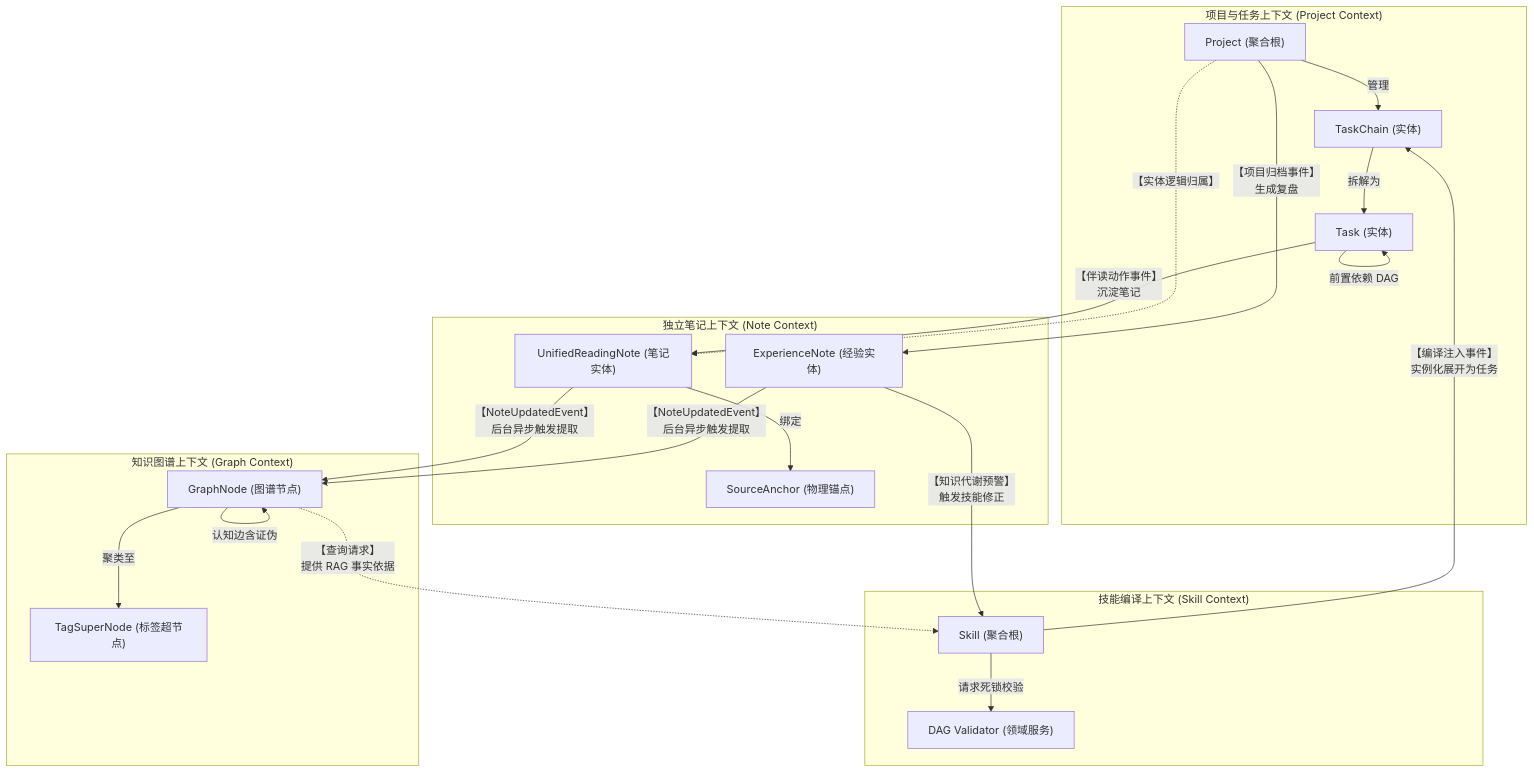
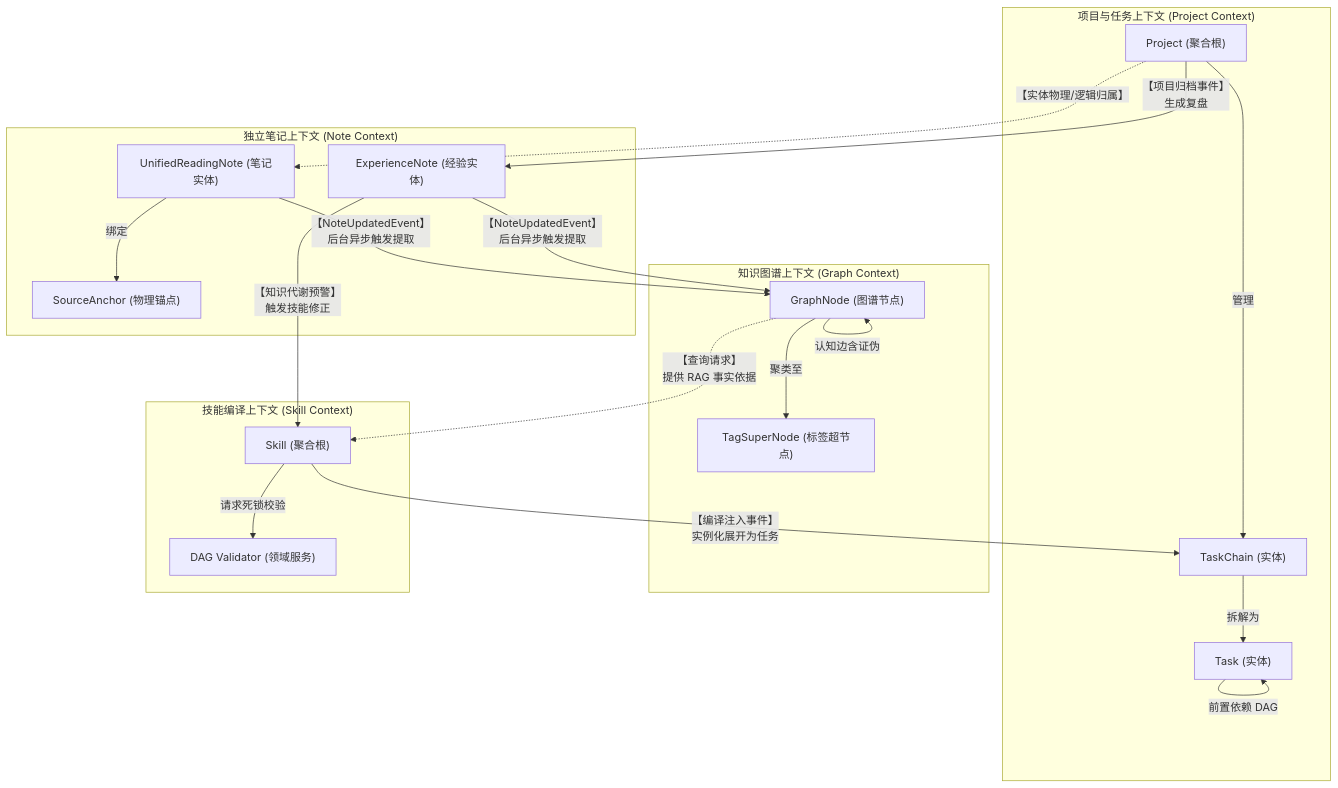
One commit to shanglihong/i-have-a-plan changed the second of 3 diagrams in docs/06_system_architecture/backend_design_spec_v1.0.md. Above: the diagram before and after it, drawn with Mermaid.

Commit message:
docs: update backend design specification to v1.0 architecture standards

````diff
--- a/docs/06_system_architecture/backend_design_spec_v1.0.md
+++ b/docs/06_system_architecture/backend_design_spec_v1.0.md
@@ -112,55 +112,54 @@
 ```mermaid
 graph TD
     %% 限界上下文 (Bounded Contexts)
     
     subgraph ProjectDomain ["项目与任务上下文 (Project Context)"]
         P_Proj["Project (聚合根)"]
         P_TC["TaskChain (实体)"]
         P_Task["Task (实体)"]
         
         P_Proj -->|管理| P_TC
         P_TC -->|拆解为| P_Task
         P_Task -->|前置依赖 DAG| P_Task
     end
 
     subgraph NoteDomain ["独立笔记上下文 (Note Context)"]
         K_URN["UnifiedReadingNote (笔记实体)"]
         K_EN["ExperienceNote (经验实体)"]
         K_SA["SourceAnchor (物理锚点)"]
         
         K_URN -->|绑定| K_SA
     end
 
     subgraph GraphDomain ["知识图谱上下文 (Graph Context)"]
         K_Graph["GraphNode (图谱节点)"]
         K_Tag["TagSuperNode (标签超节点)"]
         
         K_Graph -->|认知边含证伪| K_Graph
         K_Graph -->|聚类至| K_Tag
     end
 
     subgraph SkillDomain ["技能编译上下文 (Skill Context)"]
         S_Skill["Skill (聚合根)"]
         S_DAG["DAG Validator (领域服务)"]
         
         S_Skill -->|请求死锁校验| S_DAG
     end
 
     %% 上下文映射 (Context Mapping) 与跨界边界交互
     
-    %% 项目域 -> 知识域 (归属与沉淀)
+    %% 外部交互 / 项目域映射 (归属与沉淀)
     P_Proj -->|"【项目归档事件】<br>生成复盘"| K_EN
-    P_Task -->|"【伴读动作事件】<br>沉淀笔记"| K_URN
-    P_Proj -.->|"【实体逻辑归属】"| K_URN
+    P_Proj -.->|"【实体物理/逻辑归属】"| K_URN
     
     %% 笔记域 -> 图谱域 (异步事件)
     K_URN -->|"【NoteUpdatedEvent】<br>后台异步触发提取"| K_Graph
     K_EN -->|"【NoteUpdatedEvent】<br>后台异步触发提取"| K_Graph
 
     %% 知识域 -> 技能域 (触发与上下文)
     K_EN -->|"【知识代谢预警】<br>触发技能修正"| S_Skill
     K_Graph -.->|"【查询请求】<br>提供 RAG 事实依据"| S_Skill
     
     %% 技能域 -> 项目域 (驱动执行)
     S_Skill -->|"【编译注入事件】<br>实例化展开为任务"| P_TC
 ```
````
